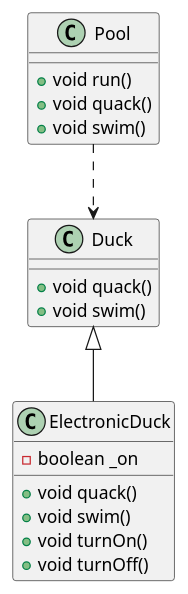
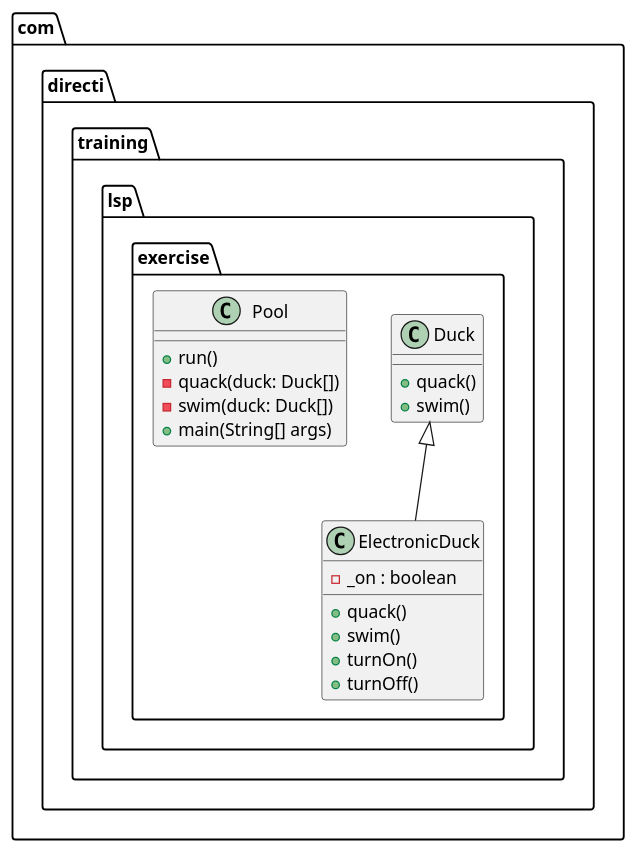
The diagram in LSP/src/com/directi/training/lsp/uml.puml (azizmass/SOLID), drawn with PlantUML before and after one commit. The commit also changed 36 other files, not shown here.

```diff
--- a/LSP/src/com/directi/training/lsp/uml.puml
+++ b/LSP/src/com/directi/training/lsp/uml.puml
@@ -1,25 +1,23 @@
 @startuml
+package com.directi.training.lsp.exercise {
+    class Duck {
+        +quack()
+        +swim()
+    }
+    class ElectronicDuck {
+        -_on : boolean
+        +quack()
+        +swim()
+        +turnOn()
+        +turnOff()
+    }
+    Duck <|-- ElectronicDuck
 
-class Pool {
-  + void run()
-  + void quack()
-  + void swim()
+    class Pool {
+        +run()
+        -quack(duck: Duck[])
+        -swim(duck: Duck[])
+        +main(String[] args)
+    }
 }
-
-class Duck {
-  + void quack()
-  + void swim()
-}
-
-class ElectronicDuck extends Duck {
-  - boolean _on
-  + void quack()
-  + void swim()
-  + void turnOn()
-  + void turnOff()
-}
-
-Pool ..> Duck
-
-
 @enduml
```
